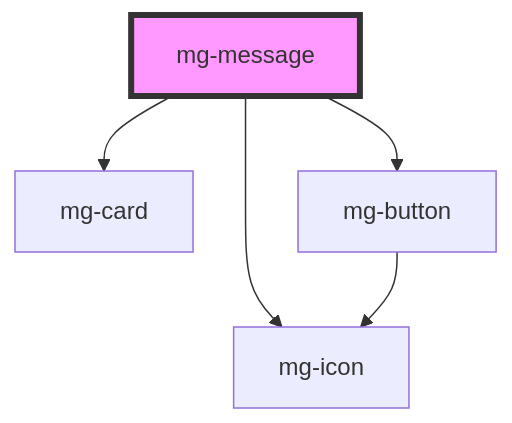
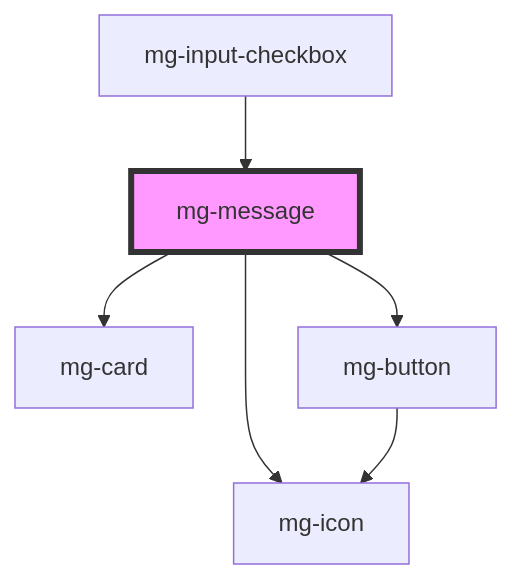
The diagram in packages/mg-components/src/components/molecules/mg-message/readme.md (MGDIS/core-ui), drawn with Mermaid before and after one commit. The commit also changed other lines of this file and 19 other files, not shown here.

First line of the commit message:
feat(mgInputCheckbox): add tests and a11y check

````diff
--- a/packages/mg-components/src/components/molecules/mg-message/readme.md
+++ b/packages/mg-components/src/components/molecules/mg-message/readme.md
@@ -57,8 +59,9 @@
 ```mermaid
 graph TD;
   mg-message --> mg-card
   mg-message --> mg-icon
   mg-message --> mg-button
   mg-button --> mg-icon
+  mg-input-checkbox --> mg-message
   style mg-message fill:#f9f,stroke:#333,stroke-width:4px
 ```
````
